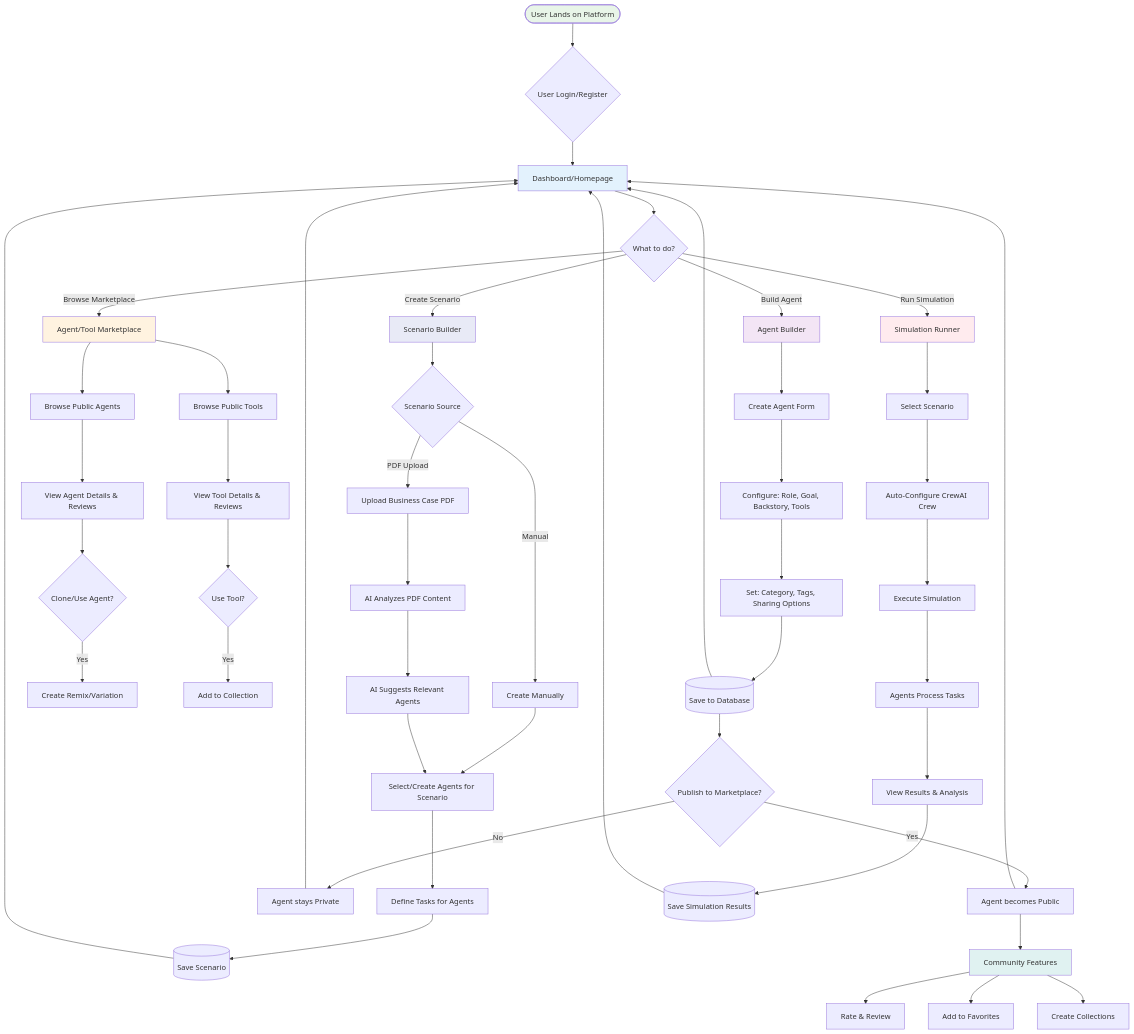
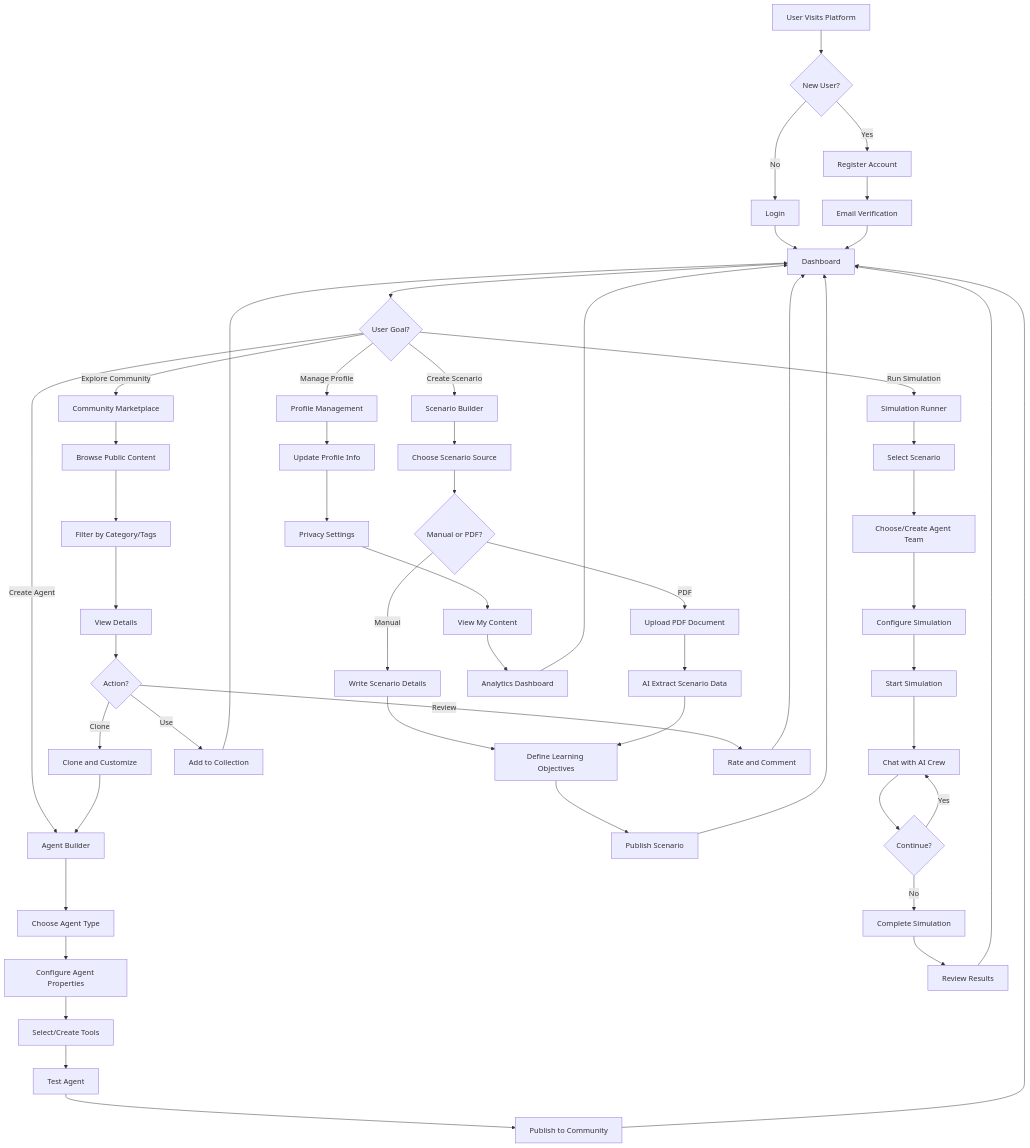
Before and after one commit to Sbcoit/forked-ai-agent-education-platform: the first of 13 diagrams in backend/docs/architecture/user-workflow.md, drawn with Mermaid. The commit also changed other lines of this file and 7 other files, not shown here.

````diff
--- a/backend/docs/architecture/user-workflow.md
+++ b/backend/docs/architecture/user-workflow.md
@@ -41,73 +16,67 @@
 ```mermaid
-flowchart TD
-    START([User Lands on Platform]) --> LOGIN{User Login/Register}
+graph TD
+    A[User Visits Platform] --> B{New User?}
+    B -->|Yes| C[Register Account]
+    B -->|No| D[Login]
     
-    LOGIN --> DASHBOARD[Dashboard/Homepage]
+    C --> E[Email Verification]
+    D --> F[Dashboard]
+    E --> F
     
-    DASHBOARD --> CHOICE{What to do?}
+    F --> G{User Goal?}
+    G -->|Create Agent| H[Agent Builder]
+    G -->|Create Scenario| I[Scenario Builder]
+    G -->|Run Simulation| J[Simulation Runner]
+    G -->|Explore Community| K[Community Marketplace]
+    G -->|Manage Profile| L[Profile Management]
     
-    CHOICE -->|Build Agent| AGENT_BUILDER[Agent Builder]
-    CHOICE -->|Browse Marketplace| MARKETPLACE[Agent/Tool Marketplace]
-    CHOICE -->|Create Scenario| SCENARIO_BUILDER[Scenario Builder]
-    CHOICE -->|Run Simulation| SIMULATION[Simulation Runner]
+    %% Agent Building Path
+    H --> H1[Choose Agent Type]
+    H1 --> H2[Configure Agent Properties]
+    H2 --> H3[Select/Create Tools]
+    H3 --> H4[Test Agent]
+    H4 --> H5[Publish to Community]
+    H5 --> F
     
-    %% Agent Builder Flow
-    AGENT_BUILDER --> CREATE_AGENT[Create Agent Form]
-    CREATE_AGENT --> AGENT_CONFIG[Configure: Role, Goal, Backstory, Tools]
-    AGENT_CONFIG --> AGENT_OPTIONS[Set: Category, Tags, Sharing Options]
-    AGENT_OPTIONS --> SAVE_AGENT[(Save to Database)]
-    SAVE_AGENT --> PUBLISH_CHOICE{Publish to Marketplace?}
-    PUBLISH_CHOICE -->|Yes| PUBLIC_AGENT[Agent becomes Public]
-    PUBLISH_CHOICE -->|No| PRIVATE_AGENT[Agent stays Private]
+    %% Scenario Building Path
+    I --> I1[Choose Scenario Source]
+    I1 --> I2{Manual or PDF?}
+    I2 -->|Manual| I3[Write Scenario Details]
+    I2 -->|PDF| I4[Upload PDF Document]
+    I3 --> I5[Define Learning Objectives]
+    I4 --> I6[AI Extract Scenario Data]
+    I5 --> I7[Publish Scenario]
+    I6 --> I5
+    I7 --> F
     
-    %% Marketplace Flow
-    MARKETPLACE --> BROWSE_AGENTS[Browse Public Agents]
-    MARKETPLACE --> BROWSE_TOOLS[Browse Public Tools]
-    BROWSE_AGENTS --> AGENT_DETAILS[View Agent Details & Reviews]
-    BROWSE_TOOLS --> TOOL_DETAILS[View Tool Details & Reviews]
-    AGENT_DETAILS --> CLONE_AGENT{Clone/Use Agent?}
-    TOOL_DETAILS --> USE_TOOL{Use Tool?}
-    CLONE_AGENT -->|Yes| REMIX_AGENT[Create Remix/Variation]
-    USE_TOOL -->|Yes| ADD_TO_COLLECTION[Add to Collection]
+    %% Simulation Path
+    J --> J1[Select Scenario]
+    J1 --> J2[Choose/Create Agent Team]
+    J2 --> J3[Configure Simulation]
+    J3 --> J4[Start Simulation]
+    J4 --> J5[Chat with AI Crew]
+    J5 --> J6{Continue?}
+    J6 -->|Yes| J5
+    J6 -->|No| J7[Complete Simulation]
+    J7 --> J8[Review Results]
+    J8 --> F
     
-    %% Scenario Builder Flow
-    SCENARIO_BUILDER --> SCENARIO_TYPE{Scenario Source}
-    SCENARIO_TYPE -->|Manual| MANUAL_SCENARIO[Create Manually]
-    SCENARIO_TYPE -->|PDF Upload| PDF_UPLOAD[Upload Business Case PDF]
-    PDF_UPLOAD --> AI_ANALYSIS[AI Analyzes PDF Content]
-    AI_ANALYSIS --> SUGGESTED_AGENTS[AI Suggests Relevant Agents]
-    MANUAL_SCENARIO --> SELECT_AGENTS[Select/Create Agents for Scenario]
-    SUGGESTED_AGENTS --> SELECT_AGENTS
-    SELECT_AGENTS --> DEFINE_TASKS[Define Tasks for Agents]
-    DEFINE_TASKS --> SAVE_SCENARIO[(Save Scenario)]
+    %% Community Path
+    K --> K1[Browse Public Content]
+    K1 --> K2[Filter by Category/Tags]
+    K2 --> K3[View Details]
+    K3 --> K4{Action?}
+    K4 -->|Use| K5[Add to Collection]
+    K4 -->|Clone| K6[Clone and Customize]
+    K4 -->|Review| K7[Rate and Comment]
+    K5 --> F
+    K6 --> H
+    K7 --> F
     
-    %% Simulation Flow
-    SIMULATION --> SELECT_SCENARIO[Select Scenario]
-    SELECT_SCENARIO --> CREW_CONFIG[Auto-Configure CrewAI Crew]
-    CREW_CONFIG --> RUN_SIMULATION[Execute Simulation]
-    RUN_SIMULATION --> AGENT_RESPONSES[Agents Process Tasks]
-    AGENT_RESPONSES --> RESULTS[View Results & Analysis]
-    RESULTS --> SAVE_RESULTS[(Save Simulation Results)]
-    
-    %% Community Features
-    PUBLIC_AGENT --> COMMUNITY[Community Features]
-    COMMUNITY --> RATE_REVIEW[Rate & Review]
-    COMMUNITY --> FAVORITE[Add to Favorites]
-    COMMUNITY --> COLLECTION_CREATE[Create Collections]
-    
-    %% Back to Dashboard
-    SAVE_AGENT --> DASHBOARD
-    SAVE_SCENARIO --> DASHBOARD
-    SAVE_RESULTS --> DASHBOARD
-    PRIVATE_AGENT --> DASHBOARD
-    PUBLIC_AGENT --> DASHBOARD
-    
-    %% Styling
-    style START fill:#E8F5E8
-    style DASHBOARD fill:#E3F2FD
-    style AGENT_BUILDER fill:#F3E5F5
-    style MARKETPLACE fill:#FFF3E0
-    style SCENARIO_BUILDER fill:#E8EAF6
-    style SIMULATION fill:#FFEBEE
-    style COMMUNITY fill:#E0F2F1
+    %% Profile Management Path
+    L --> L1[Update Profile Info]
+    L1 --> L2[Privacy Settings]
+    L2 --> L3[View My Content]
+    L3 --> L4[Analytics Dashboard]
+    L4 --> F
 ```
````
